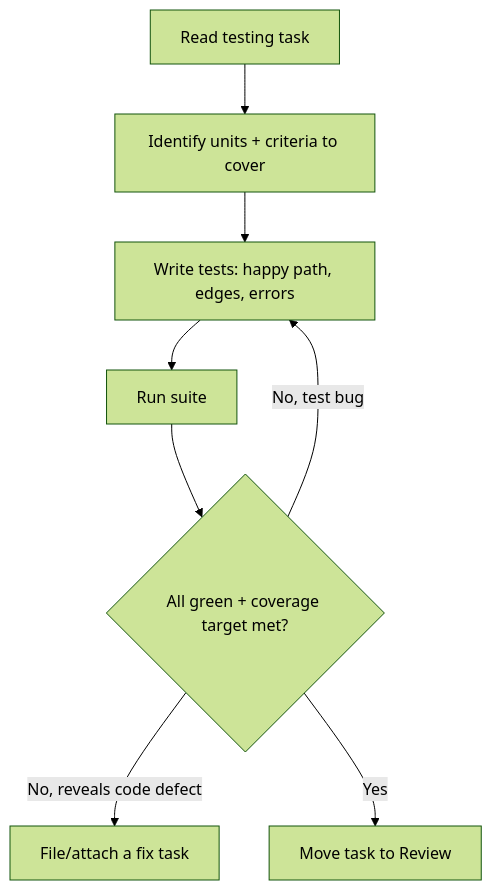
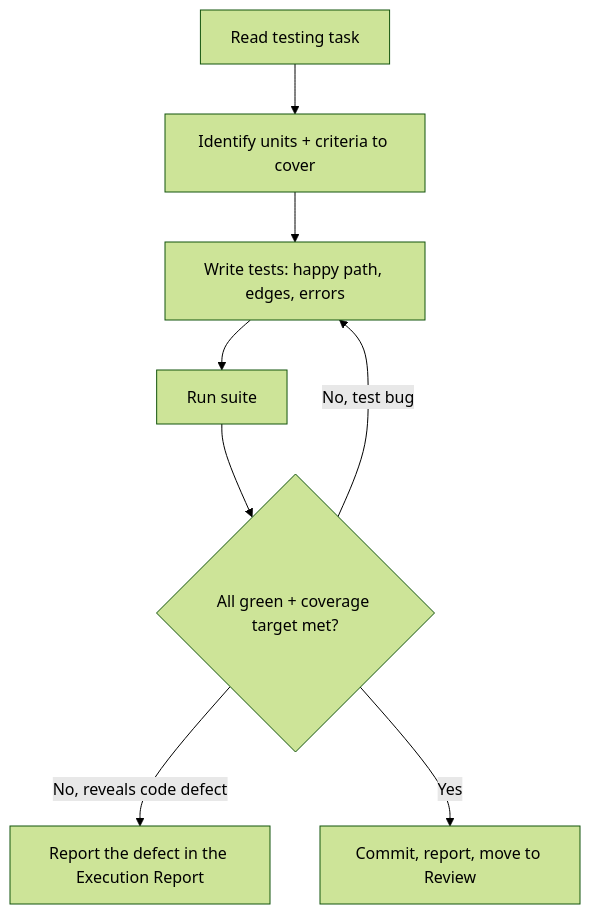
One commit to Vtquan123/strix changed the diagram in templates/executors/cline/.clinerules/workflows/testing.md. Above: the diagram before and after it, drawn with Mermaid (forest theme). The commit also changed other lines of this file and 80 other files, not shown here.

````diff
--- a/templates/executors/cline/.clinerules/workflows/testing.md
+++ b/templates/executors/cline/.clinerules/workflows/testing.md
@@ -12,10 +12,10 @@
 ```mermaid
 flowchart TD
     A[Read testing task] --> B[Identify units + criteria to cover]
     B --> C[Write tests: happy path, edges, errors]
     C --> D[Run suite]
     D --> E{All green + coverage target met?}
     E -->|No, test bug| C
-    E -->|No, reveals code defect| ESC[File/attach a fix task]
-    E -->|Yes| F[Move task to Review]
+    E -->|No, reveals code defect| ESC[Report the defect in the Execution Report]
+    E -->|Yes| F[Commit, report, move to Review]
 ```
````
